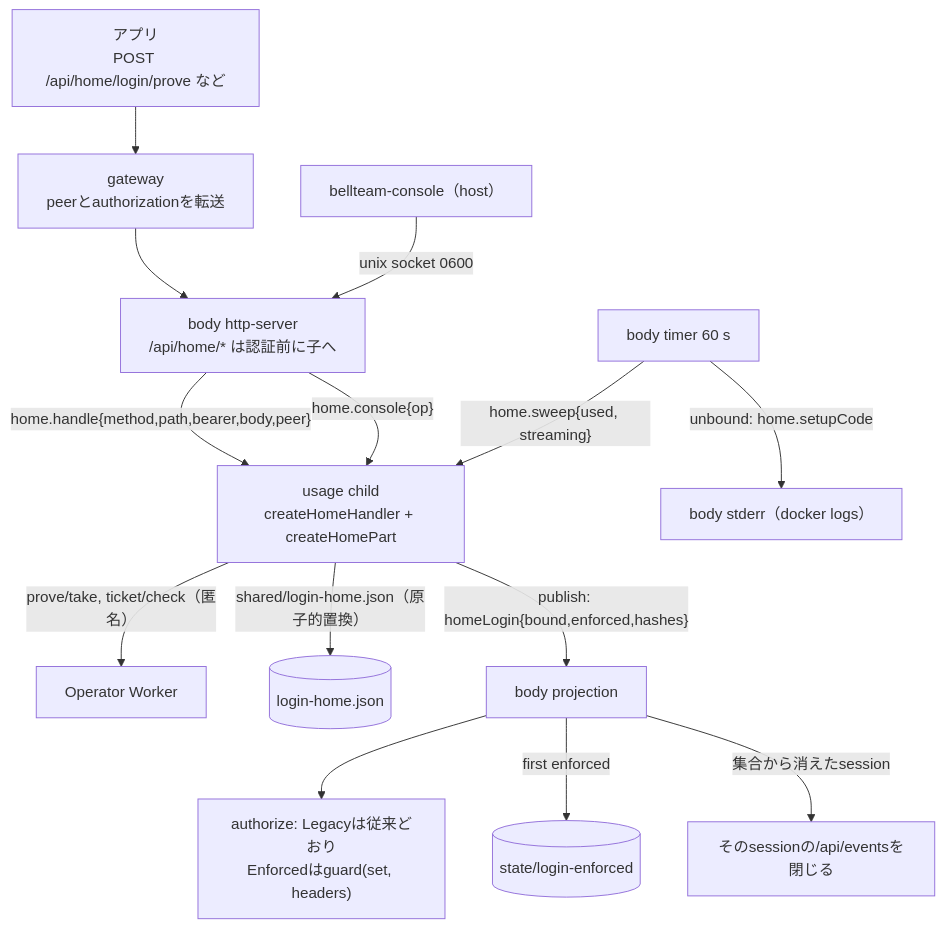
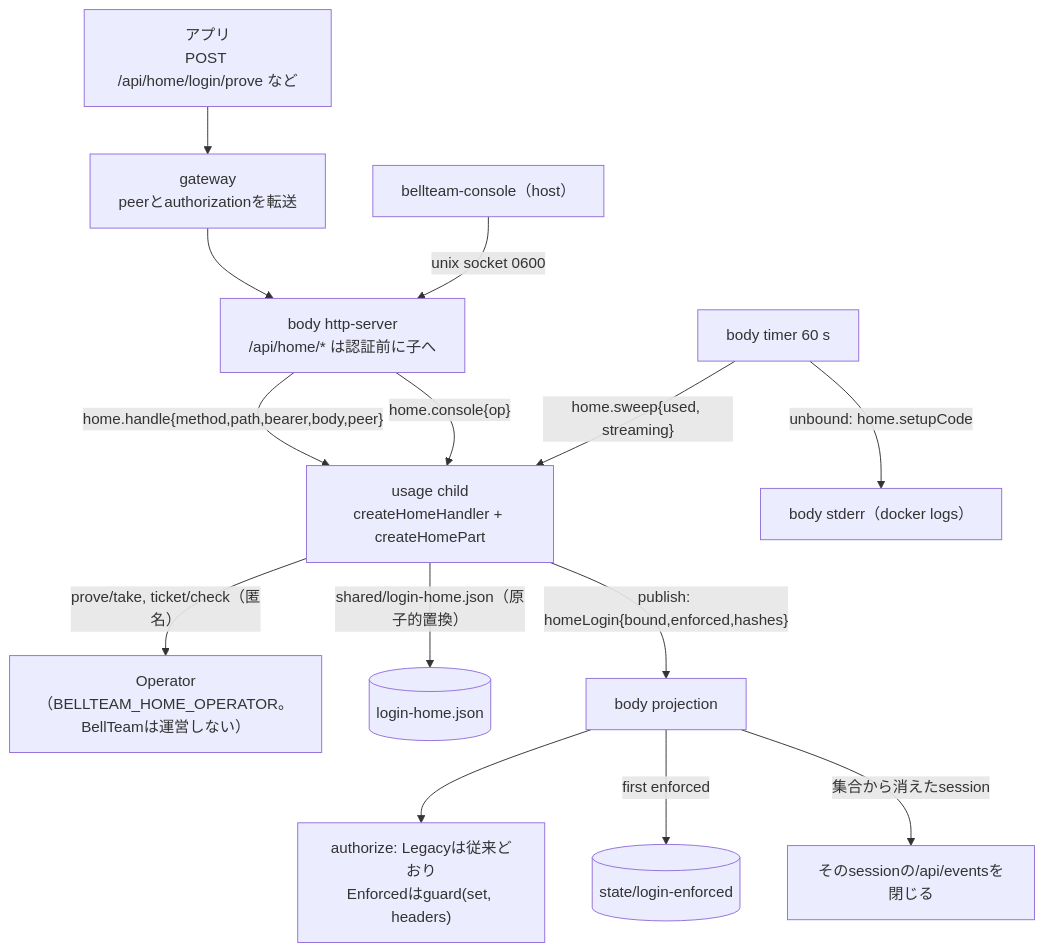
One commit to kitepon/BellTeam changed the seventh of 7 diagrams in docs/architecture/modules/usage/flows.md. Above: the diagram before and after it, drawn with Mermaid. The commit also changed other lines of this file and 25 other files, not shown here.

First line of the commit message:
a540-remove-operator-worker: BellTeam no longer carries its own login/billing operator server

````diff
--- a/docs/architecture/modules/usage/flows.md
+++ b/docs/architecture/modules/usage/flows.md
@@ -205,16 +205,16 @@
 ```mermaid
 flowchart TD
   App["アプリ<br/>POST /api/home/login/prove など"] --> GW["gateway<br/>peerとauthorizationを転送"]
   GW --> Body["body http-server<br/>/api/home/* は認証前に子へ"]
   Body -->|"home.handle{method,path,bearer,body,peer}"| Child["usage child<br/>createHomeHandler + createHomePart"]
-  Child -->|"prove/take, ticket/check（匿名）"| Worker["Operator Worker"]
+  Child -->|"prove/take, ticket/check（匿名）"| Worker["Operator（BELLTEAM_HOME_OPERATOR。BellTeamは運営しない）"]
   Child -->|"shared/login-home.json（原子的置換）"| File[("login-home.json")]
   Child -->|"publish: homeLogin{bound,enforced,hashes}"| Row["body projection"]
   Row --> Guard["authorize: Legacyは従来どおり<br/>Enforcedはguard(set, headers)"]
   Row -->|"first enforced"| Marker[("state/login-enforced")]
   Timer["body timer 60 s"] -->|"home.sweep{used, streaming}"| Child
   Timer -->|"unbound: home.setupCode"| Print["body stderr（docker logs）"]
   Console["bellteam-console（host）"] -->|"unix socket 0600"| Body
   Body -->|"home.console{op}"| Child
   Row -->|"集合から消えたsession"| SSE["そのsessionの/api/eventsを閉じる"]
 ```
````
